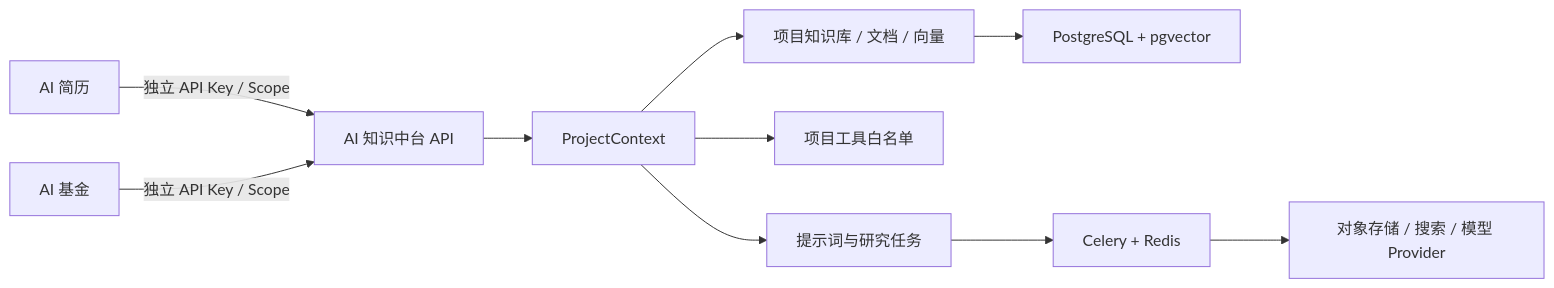
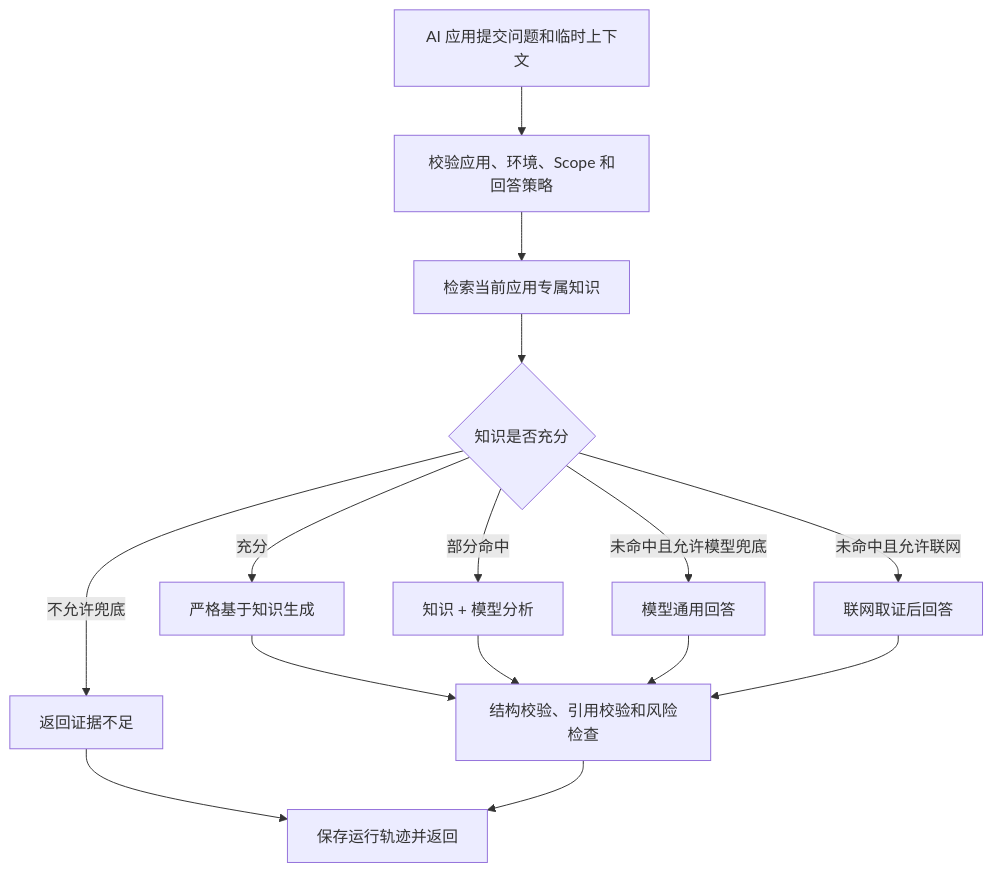
Before and after one commit to shaohua-code/aiknowledge: the second of 2 diagrams in docs/PRD.md, drawn with Mermaid. The commit also changed other lines of this file and 158 other files, not shown here.

````diff
--- a/docs/PRD.md
+++ b/docs/PRD.md
@@ -62,12 +287,17 @@
 ```mermaid
-flowchart LR
-  R["AI 简历"] -->|"独立 API Key / Scope"| G["AI 知识中台 API"]
-  F["AI 基金"] -->|"独立 API Key / Scope"| G
-  G --> C["ProjectContext"]
-  C --> K["项目知识库 / 文档 / 向量"]
-  C --> T["项目工具白名单"]
-  C --> P["提示词与研究任务"]
-  K --> D["PostgreSQL + pgvector"]
-  P --> Q["Celery + Redis"]
-  Q --> O["对象存储 / 搜索 / 模型 Provider"]
+flowchart TD
+  A["AI 应用提交问题和临时上下文"] --> B["校验应用、环境、Scope 和回答策略"]
+  B --> C["检索当前应用专属知识"]
+  C --> D{"知识是否充分"}
+  D -->|充分| E["严格基于知识生成"]
+  D -->|部分命中| F["知识 + 模型分析"]
+  D -->|未命中且允许模型兜底| G["模型通用回答"]
+  D -->|未命中且允许联网| H["联网取证后回答"]
+  D -->|不允许兜底| I["返回证据不足"]
+  E --> J["结构校验、引用校验和风险检查"]
+  F --> J
+  G --> J
+  H --> J
+  I --> K["保存运行轨迹并返回"]
+  J --> K
 ```
````
